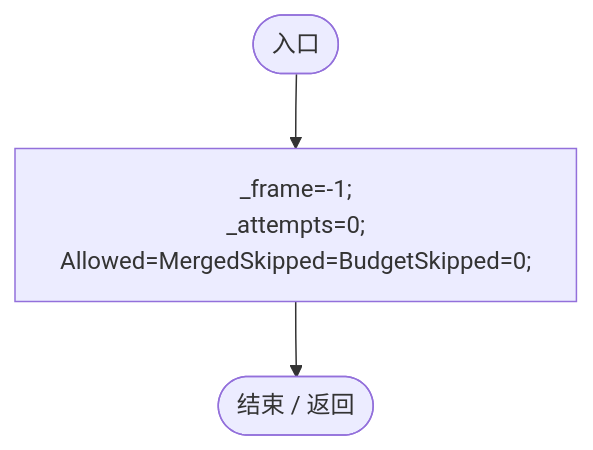
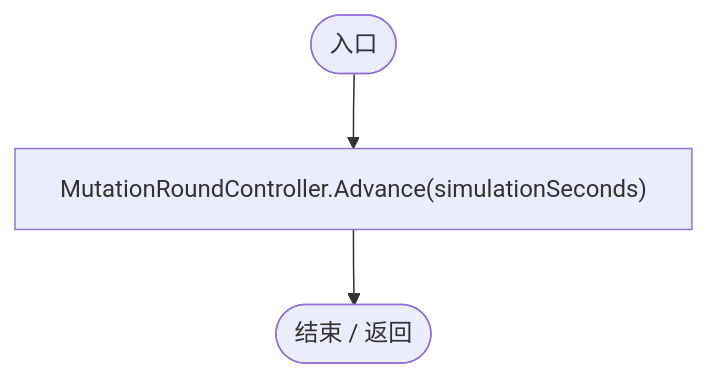
Before and after one commit to xhs6666/Darwin_paradise: the diagram in Docs/运行流程图/脚本/debf58c0eabf33e3.md, drawn with Mermaid. The commit also changed other lines of this file and 219 other files, not shown here.

````diff
--- a/Docs/运行流程图/脚本/debf58c0eabf33e3.md
+++ b/Docs/运行流程图/脚本/debf58c0eabf33e3.md
@@ -203,9 +19,9 @@
 ```mermaid
 flowchart TD
   b0(["入口"])
-  b1["_frame=-1;<br/>_attempts=0;<br/>Allowed=MergedSkipped=BudgetSkipped=0;"]
+  b1["MutationRoundController.Advance(simulationSeconds)"]
   b2(["结束 / 返回"])
   b0 --> b1
   b1 --> b2
 
 ```
````
